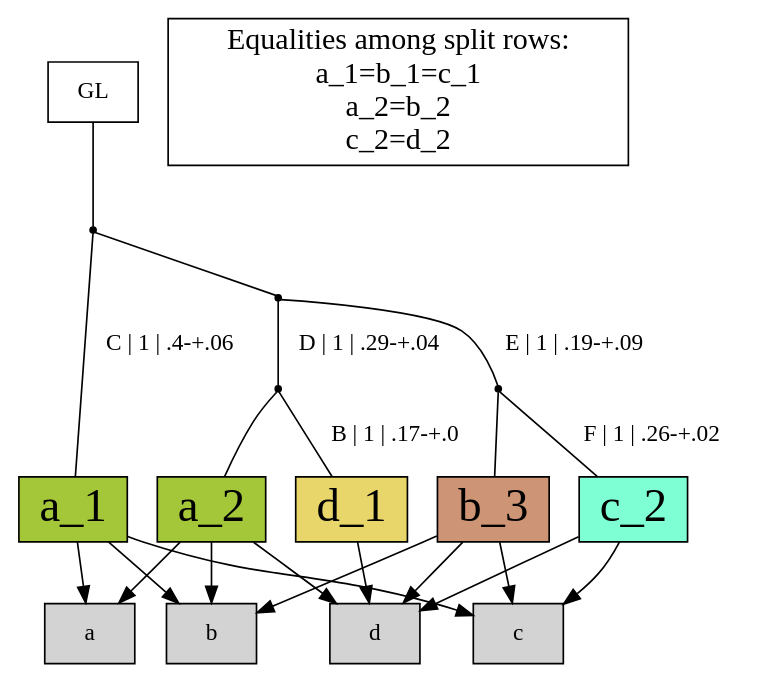
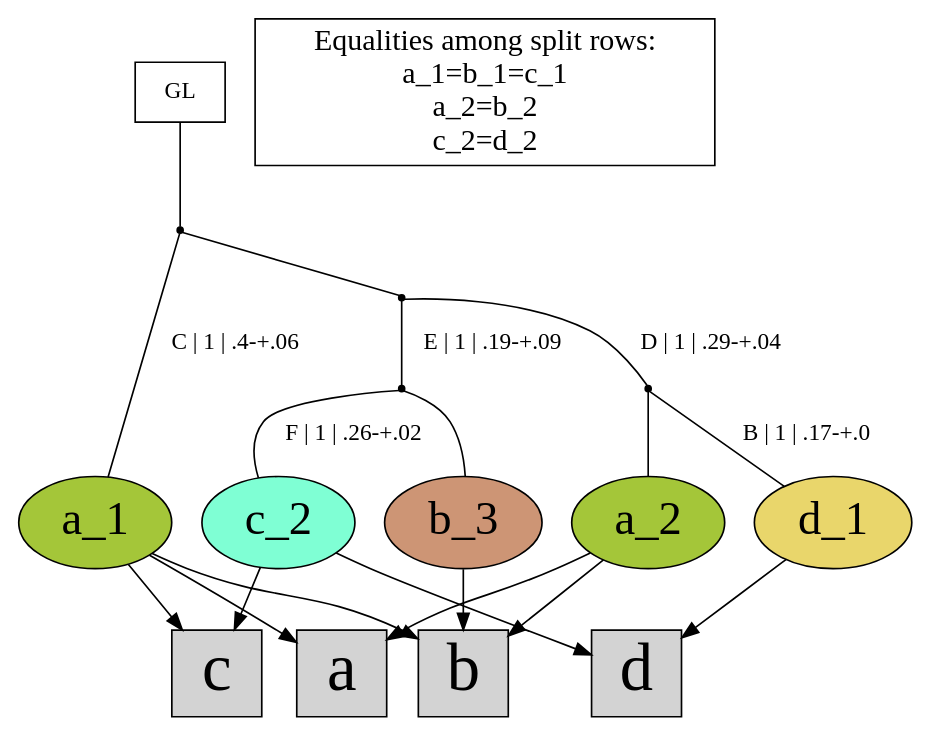
The diagram in ExamplesReadMe/matrixVAF_RS/matrixVAF_ipd_tree.dot (zhero9/MIPUP), drawn with Graphviz before and after one commit. The commit also changed 1 other file, not shown here.

```diff
--- a/ExamplesReadMe/matrixVAF_RS/matrixVAF_ipd_tree.dot
+++ b/ExamplesReadMe/matrixVAF_RS/matrixVAF_ipd_tree.dot
@@ -1,42 +1,40 @@
 digraph {
-rowa[label="a",shape=box,style=filled];
-rowb[label="b",shape=box,style=filled];
-rowc[label="c",shape=box,style=filled];
-rowd[label="d",shape=box,style=filled];
-a_1[label="a_1",shape=box,style=filled,fontsize=28,fillcolor="#a4c639"];
+rowa[label="a",shape=box,style=filled,fontsize=40];
+rowb[label="b",shape=box,style=filled,fontsize=40];
+rowc[label="c",shape=box,style=filled,fontsize=40];
+rowd[label="d",shape=box,style=filled,fontsize=40];
+a_1[label="a_1",shape=oval,style=filled,fontsize=28,fillcolor="#a4c639"];
+a_2[label="a_2",shape=oval,style=filled,fontsize=28,fillcolor="#a4c639"];
+b_3[label="b_3",shape=oval,style=filled,fontsize=28,fillcolor="#cd9575"];
+c_2[label="c_2",shape=oval,style=filled,fontsize=28,fillcolor="#7fffd4"];
+d_1[label="d_1",shape=oval,style=filled,fontsize=28,fillcolor="#e9d66b"];
 a_1 -> rowa[arrowhead="normal"];
+a_2 -> rowa[arrowhead="normal"];
 a_1 -> rowb[arrowhead="normal"];
+a_2 -> rowb[arrowhead="normal"];
+b_3 -> rowb[arrowhead="normal"];
 a_1 -> rowc[arrowhead="normal"];
-a_2[label="a_2",shape=box,style=filled,fontsize=28,fillcolor="#a4c639"];
-a_2 -> rowa[arrowhead="normal"];
-a_2 -> rowb[arrowhead="normal"];
-a_2 -> rowd[arrowhead="normal"];
-b_3[label="b_3",shape=box,style=filled,fontsize=28,fillcolor="#cd9575"];
-b_3 -> rowb[arrowhead="normal"];
-b_3 -> rowc[arrowhead="normal"];
-b_3 -> rowd[arrowhead="normal"];
-c_2[label="c_2",shape=box,style=filled,fontsize=28,fillcolor="#7fffd4"];
 c_2 -> rowc[arrowhead="normal"];
+d_1 -> rowd[arrowhead="normal"];
 c_2 -> rowd[arrowhead="normal"];
-d_1[label="d_1",shape=box,style=filled,fontsize=28,fillcolor="#e9d66b"];
-d_1 -> rowd[arrowhead="normal"];
+{rank = same;a_1;a_2;b_3;c_2;d_1;}
 legend[label="Equalities among split rows:
 a_1=b_1=c_1
 a_2=b_2
 c_2=d_2
 ",shape=box,fontsize=18];
 Int1[shape=point,style=filled,fillcolor=black,label=""];
 Int1 -> b_3[arrowhead=none, label=""];
 Int1 -> c_2[arrowhead=none, label="F | 1 | .26-+.02"];
 Int2[shape=point,style=filled,fillcolor=black,label=""];
 Int2 -> a_2[arrowhead=none, label=""];
 Int2 -> d_1[arrowhead=none, label="B | 1 | .17-+.0"];
 Int3[shape=point,style=filled,fillcolor=black,label=""];
 Int3 -> Int1[arrowhead=none, label="E | 1 | .19-+.09"];
 Int3 -> Int2[arrowhead=none, label="D | 1 | .29-+.04"];
 Int4[shape=point,style=filled,fillcolor=black,label=""];
 Int4 -> a_1[arrowhead=none, label="C | 1 | .4-+.06"];
 Int4 -> Int3[arrowhead=none, label=""];
 GL[label="GL",shape=box,style=filled,fillcolor=white];
 GL -> Int4[arrowhead=none, label=""];
 }
```
